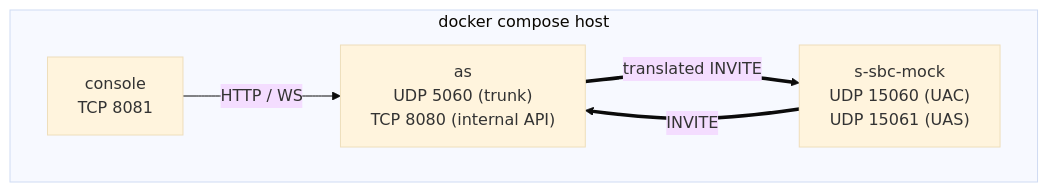
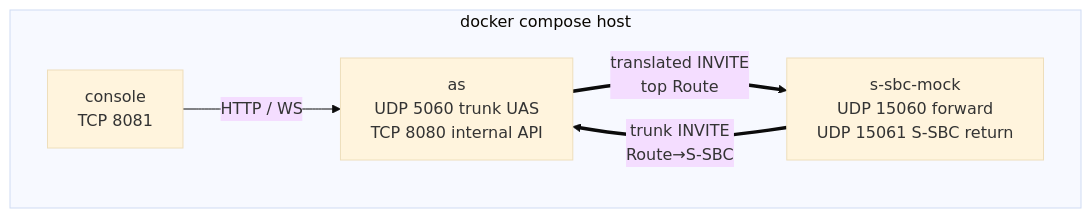
The second of 10 diagrams in docs/architecture/hld.md (dolanshu/3rdparty_AS_POC), drawn with Mermaid (base theme) before and after one commit. The commit also changed other lines of this file and 67 other files, not shown here.

````diff
--- a/docs/architecture/hld.md
+++ b/docs/architecture/hld.md
@@ -37,11 +38,11 @@
 ```mermaid
 graph TB
     subgraph host["docker compose host"]
-        AS["as<br/>UDP 5060 (trunk)<br/>TCP 8080 (internal API)"]
-        MOCK["s-sbc-mock<br/>UDP 15060 (UAC)<br/>UDP 15061 (UAS)"]
+        AS["as<br/>UDP 5060 trunk UAS<br/>TCP 8080 internal API"]
+        MOCK["s-sbc-mock<br/>UDP 15060 forward<br/>UDP 15061 S-SBC return"]
         CONSOLE["console<br/>TCP 8081"]
     end
-    MOCK == "INVITE" ==> AS
-    AS == "translated INVITE" ==> MOCK
+    MOCK == "trunk INVITE<br/>Route→S-SBC" ==> AS
+    AS == "translated INVITE<br/>top Route" ==> MOCK
     CONSOLE -- "HTTP / WS" --> AS
 ```
````
